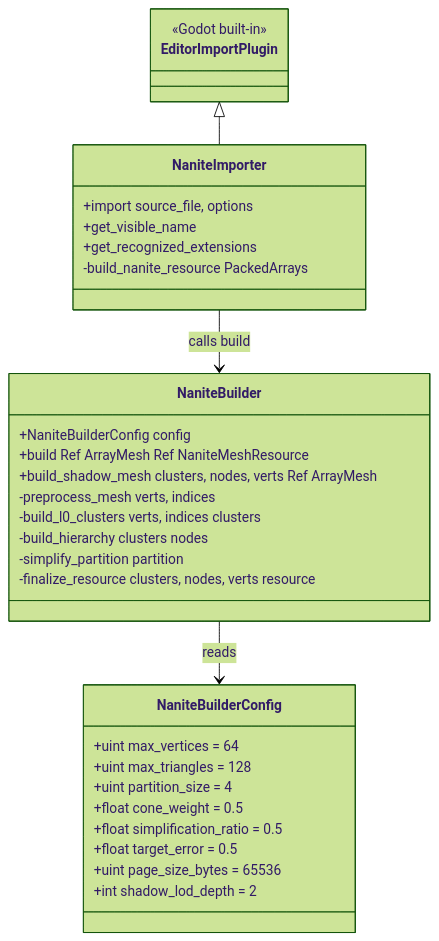
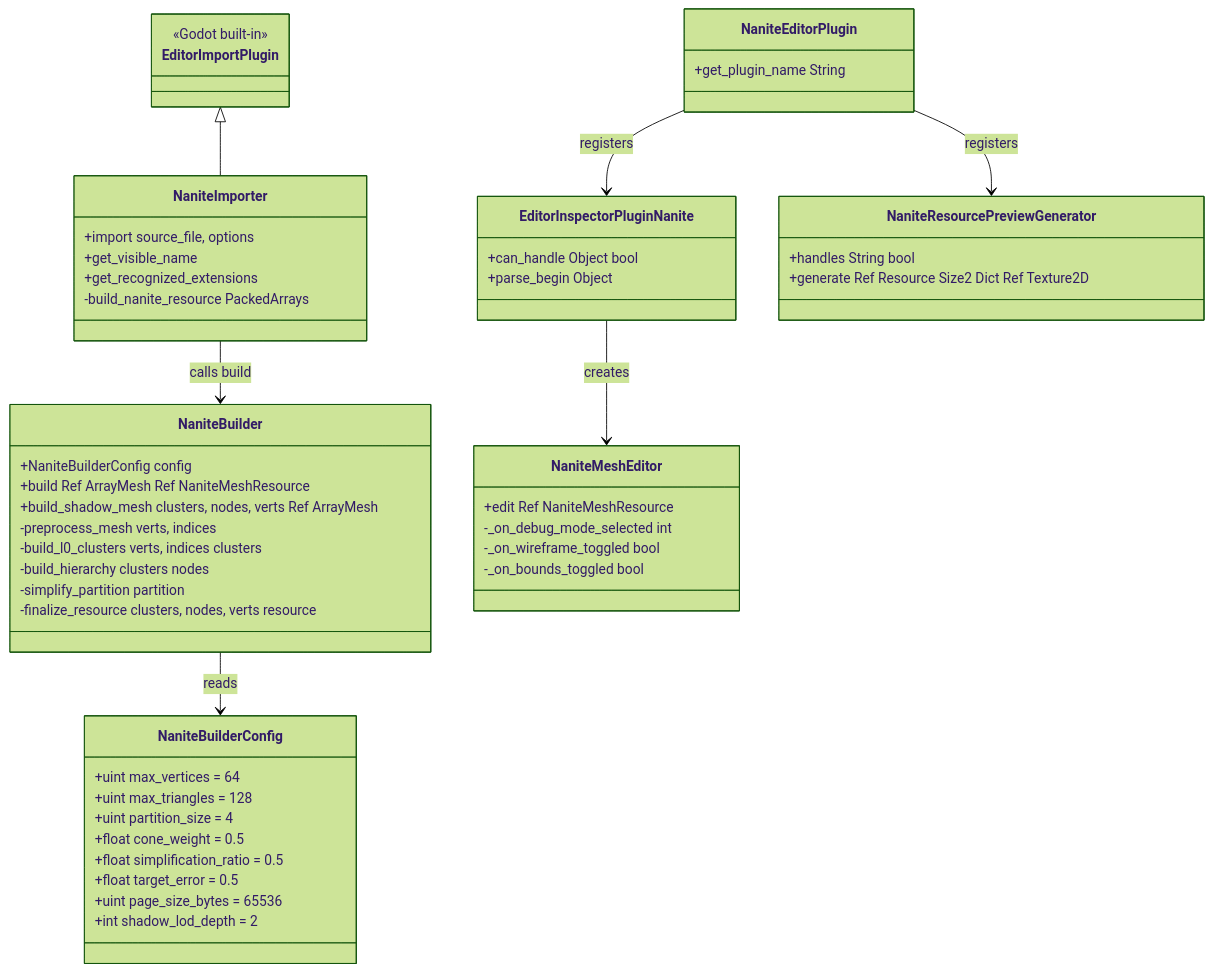
Before and after one commit to alonecat06/godot: diagram 26 of 32 in sourcecode_analysis/nanite-godot-design.md, drawn with Mermaid (forest theme). The commit also changed other lines of this file and 1 other file, not shown here.

Commit message:
feat: Godot Nanite Implementation Schemes

````diff
--- a/sourcecode_analysis/nanite-godot-design.md
+++ b/sourcecode_analysis/nanite-godot-design.md
@@ -2888,35 +2888,55 @@
 ```mermaid
 classDiagram
     class EditorImportPlugin {
         <<Godot built-in>>
     }
     class NaniteImporter {
         +import source_file, options
         +get_visible_name
         +get_recognized_extensions
         -build_nanite_resource PackedArrays
     }
     class NaniteBuilder {
         +NaniteBuilderConfig config
         +build Ref ArrayMesh Ref NaniteMeshResource
         +build_shadow_mesh clusters, nodes, verts Ref ArrayMesh
         -preprocess_mesh verts, indices
         -build_l0_clusters verts, indices clusters
         -build_hierarchy clusters nodes
         -simplify_partition partition
         -finalize_resource clusters, nodes, verts resource
     }
     class NaniteBuilderConfig {
         +uint max_vertices = 64
         +uint max_triangles = 128
         +uint partition_size = 4
         +float cone_weight = 0.5
         +float simplification_ratio = 0.5
         +float target_error = 0.5
         +uint page_size_bytes = 65536
         +int shadow_lod_depth = 2
     }
+    class NaniteMeshEditor {
+        +edit Ref NaniteMeshResource
+        -_on_debug_mode_selected int
+        -_on_wireframe_toggled bool
+        -_on_bounds_toggled bool
+    }
+    class EditorInspectorPluginNanite {
+        +can_handle Object bool
+        +parse_begin Object
+    }
+    class NaniteEditorPlugin {
+        +get_plugin_name String
+    }
+    class NaniteResourcePreviewGenerator {
+        +handles String bool
+        +generate Ref Resource Size2 Dict Ref Texture2D
+    }
     EditorImportPlugin <|-- NaniteImporter
     NaniteImporter --> NaniteBuilder : calls build
     NaniteBuilder --> NaniteBuilderConfig : reads
+    NaniteEditorPlugin --> EditorInspectorPluginNanite : registers
+    EditorInspectorPluginNanite --> NaniteMeshEditor : creates
+    NaniteEditorPlugin --> NaniteResourcePreviewGenerator : registers
 ```
````
